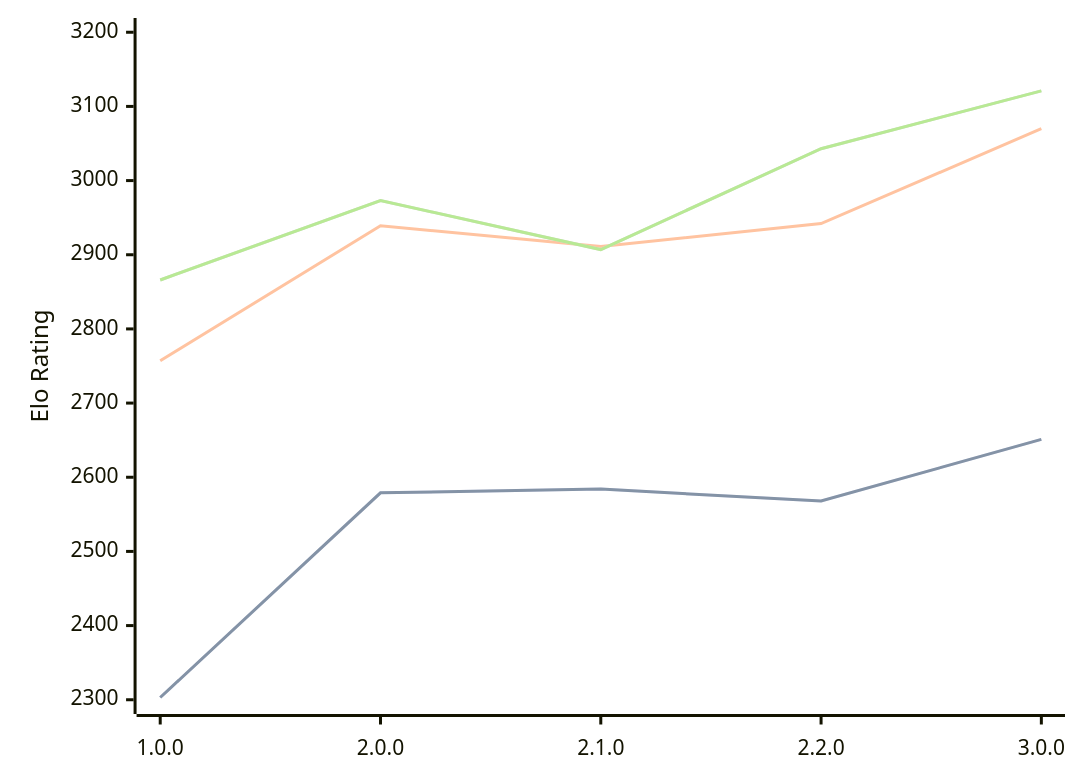
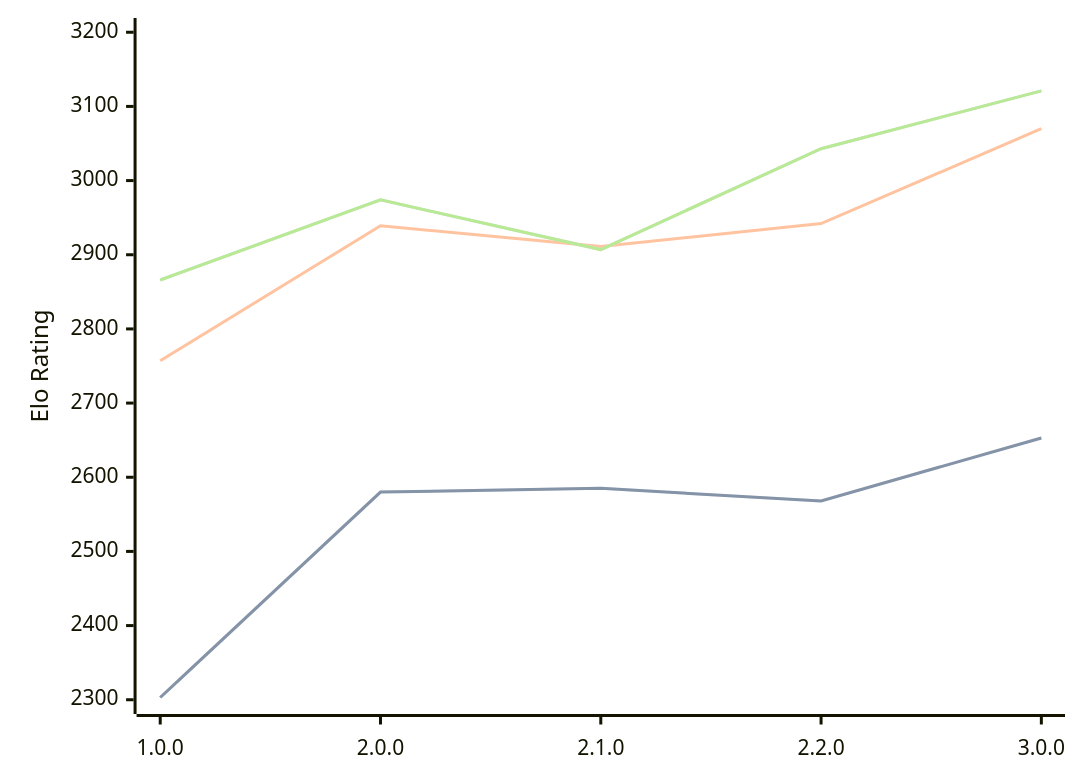
The first of 3 diagrams in engines/Catalyst.md (computer-chess-index/cci), drawn with Mermaid before and after one commit. The commit also changed other lines of this file, not shown here.

Commit message:
Update CCI Ratings (ELO VLTC) - 2026-07-08

````diff
--- a/engines/Catalyst.md
+++ b/engines/Catalyst.md
@@ -36,11 +36,11 @@
 ```mermaid
 %%{init: {"theme":"base","themeVariables":{"seriesColors:['#a3a3a3','#222221','#faa371']}}}%%
 xychart-beta
   x-axis ["1.0.0", "2.0.0", "2.1.0", "2.2.0", "3.0.0"]
   y-axis "Elo Rating" 2300 --> 3200
-  line "STC (8.0+0.08s)" [2303, 2579, 2584, 2568, 2651]
-  line "STC (8.0+0.08s)" [2303, 2579, 2584, 2568, 2651]
+  line "STC (8.0+0.08s)" [2303, 2580, 2585, 2568, 2653]
+  line "STC (8.0+0.08s)" [2303, 2580, 2585, 2568, 2653]
   line "LTC (60.0+0.60s)" [2757, 2939, 2911, 2942, 3070]
-  line "VLTC (2m24s+1.12s)" [2866, 2973, 2907, 3043, 3121]
-  line "VLTC (2m24s+1.12s)" [2866, 2973, 2907, 3043, 3121]
+  line "VLTC (2m24s+1.12s)" [2866, 2974, 2907, 3043, 3121]
+  line "VLTC (2m24s+1.12s)" [2866, 2974, 2907, 3043, 3121]
 ```
````
